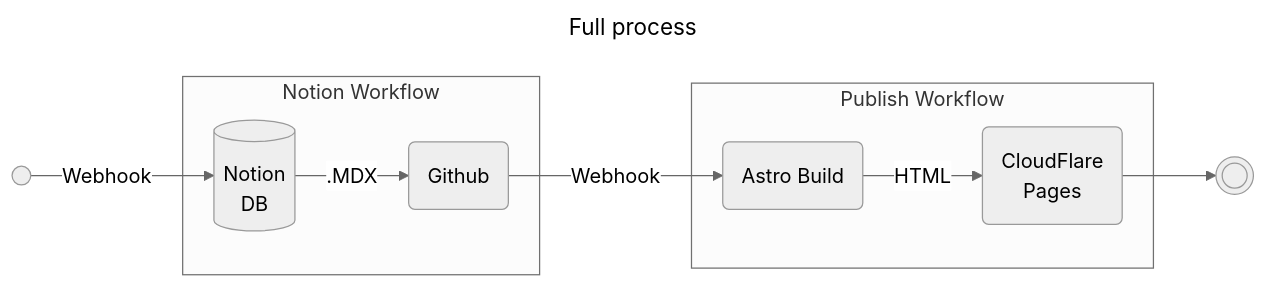
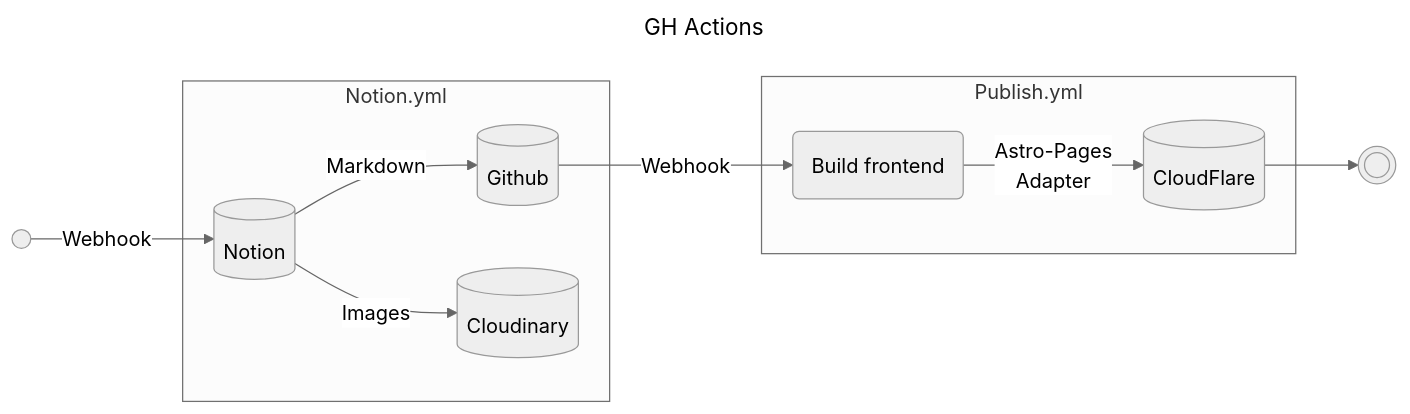
Before and after one commit to handshou/blog-content: the diagram in README.md, drawn with Mermaid (neutral theme). The commit also changed other lines of this file and 5 other files, not shown here.

````diff
--- a/README.md
+++ b/README.md
@@ -1,21 +40,27 @@
 ```mermaid
 ---
-title: Full process
+title: GH Actions
 ---
 graph LR
     Start(( ))
     Start--Webhook-->Notion
-    subgraph Notion Workflow
-    Notion[(Notion\nDB)]
-    GH(Github)
-    Notion--.MDX-->GH
+
+    subgraph Notion.yml
+        Notion[(Notion)]
+        GH[(Github)]
+        CL[(Cloudinary)]
+        Notion--Images-->CL
+        Notion--Markdown-->GH
     end
+        
     GH--Webhook-->Astro
-    subgraph Publish Workflow
-    Astro(Astro Build)
-    CloudFlare(CloudFlare\nPages)
-    Astro--HTML-->CloudFlare
+    
+    subgraph Publish.yml
+        Astro(Build frontend)
+        CloudFlare[(CloudFlare)]
+        Astro--Astro-Pages\nAdapter-->CloudFlare
     end
+
     End((( )))
     CloudFlare-->End
 ```
````
